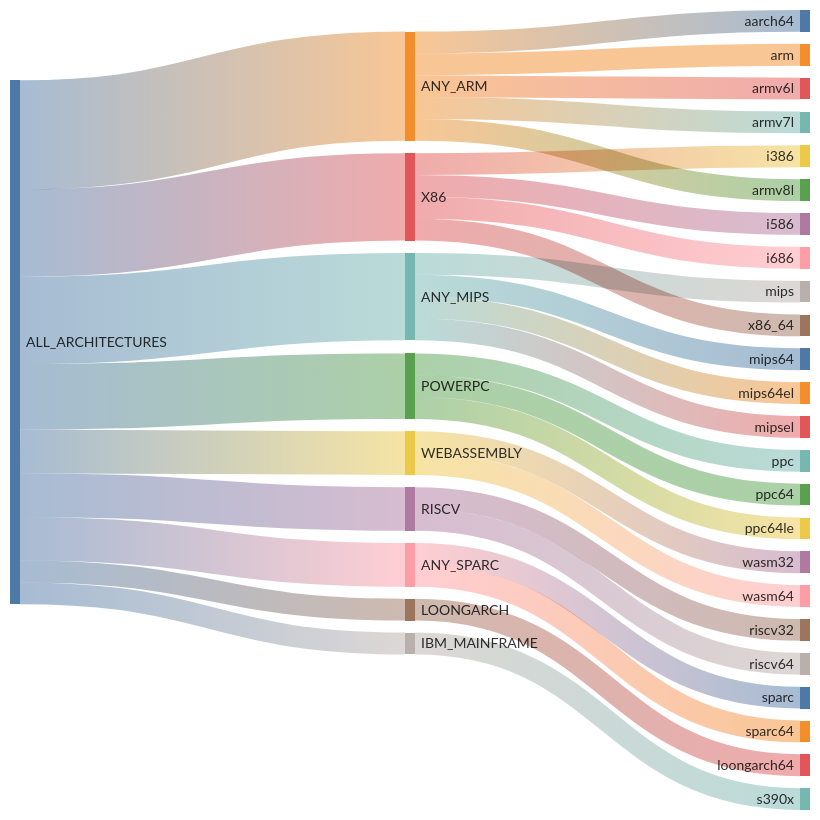
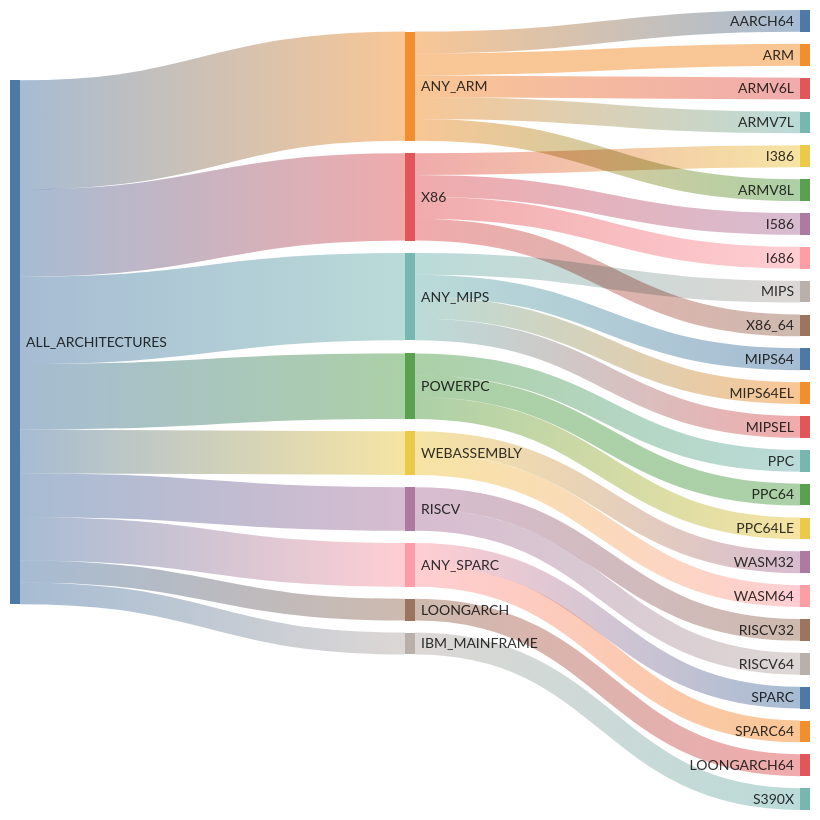
Before and after one commit to kdeldycke/extra-platforms: the first of 2 diagrams in docs/architectures.md, drawn with Mermaid. The commit also changed other lines of this file and 4 other files, not shown here.

Commit message:
Use symbols everywhere in the diagrams

````diff
--- a/docs/architectures.md
+++ b/docs/architectures.md
@@ -86,40 +86,40 @@
 ```mermaid
 ---
 config: {"sankey": {"showValues": false, "width": 800, "height": 800}}
 ---
 sankey-beta
 
 ALL_ARCHITECTURES,ANY_ARM,5
 ALL_ARCHITECTURES,X86,4
 ALL_ARCHITECTURES,ANY_MIPS,4
 ALL_ARCHITECTURES,POWERPC,3
 ALL_ARCHITECTURES,WEBASSEMBLY,2
 ALL_ARCHITECTURES,RISCV,2
 ALL_ARCHITECTURES,ANY_SPARC,2
 ALL_ARCHITECTURES,LOONGARCH,1
 ALL_ARCHITECTURES,IBM_MAINFRAME,1
-ANY_ARM,aarch64,1
-ANY_ARM,arm,1
-ANY_ARM,armv6l,1
-ANY_ARM,armv7l,1
-ANY_ARM,armv8l,1
-X86,i386,1
-X86,i586,1
-X86,i686,1
-X86,x86_64,1
-ANY_MIPS,mips,1
-ANY_MIPS,mips64,1
-ANY_MIPS,mips64el,1
-ANY_MIPS,mipsel,1
-POWERPC,ppc,1
-POWERPC,ppc64,1
-POWERPC,ppc64le,1
-WEBASSEMBLY,wasm32,1
-WEBASSEMBLY,wasm64,1
-RISCV,riscv32,1
-RISCV,riscv64,1
-ANY_SPARC,sparc,1
-ANY_SPARC,sparc64,1
-LOONGARCH,loongarch64,1
-IBM_MAINFRAME,s390x,1
+ANY_ARM,AARCH64,1
+ANY_ARM,ARM,1
+ANY_ARM,ARMV6L,1
+ANY_ARM,ARMV7L,1
+ANY_ARM,ARMV8L,1
+X86,I386,1
+X86,I586,1
+X86,I686,1
+X86,X86_64,1
+ANY_MIPS,MIPS,1
+ANY_MIPS,MIPS64,1
+ANY_MIPS,MIPS64EL,1
+ANY_MIPS,MIPSEL,1
+POWERPC,PPC,1
+POWERPC,PPC64,1
+POWERPC,PPC64LE,1
+WEBASSEMBLY,WASM32,1
+WEBASSEMBLY,WASM64,1
+RISCV,RISCV32,1
+RISCV,RISCV64,1
+ANY_SPARC,SPARC,1
+ANY_SPARC,SPARC64,1
+LOONGARCH,LOONGARCH64,1
+IBM_MAINFRAME,S390X,1
 ```
````
